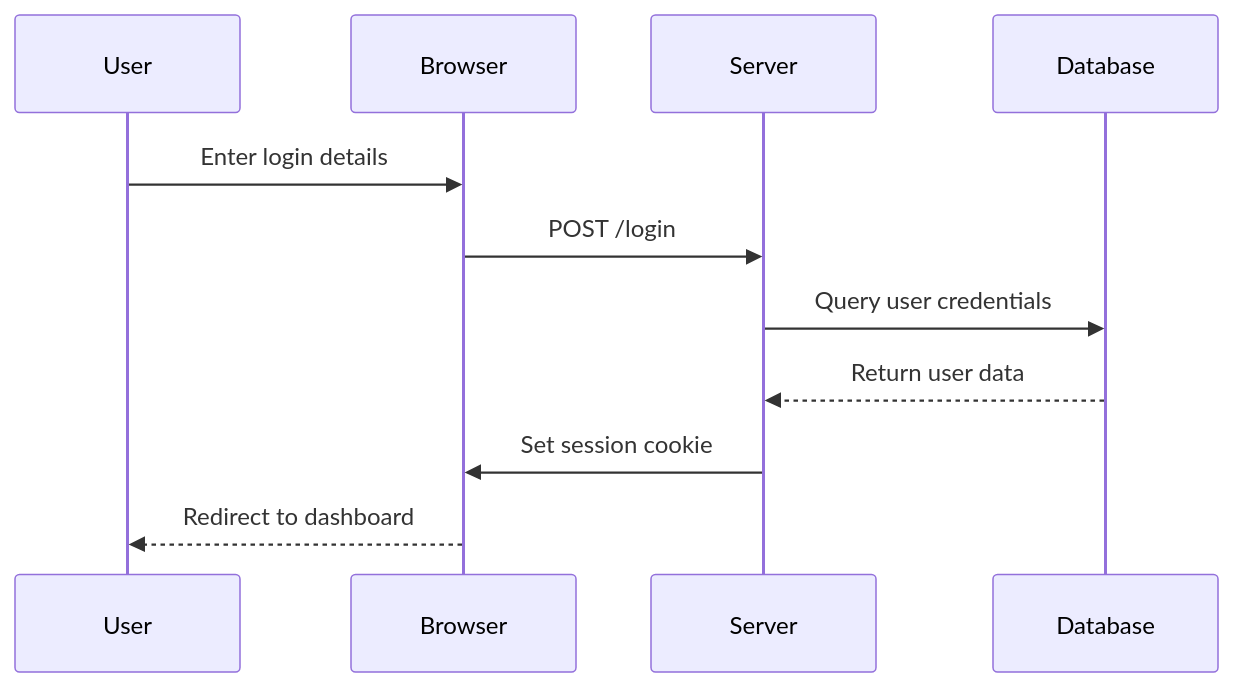
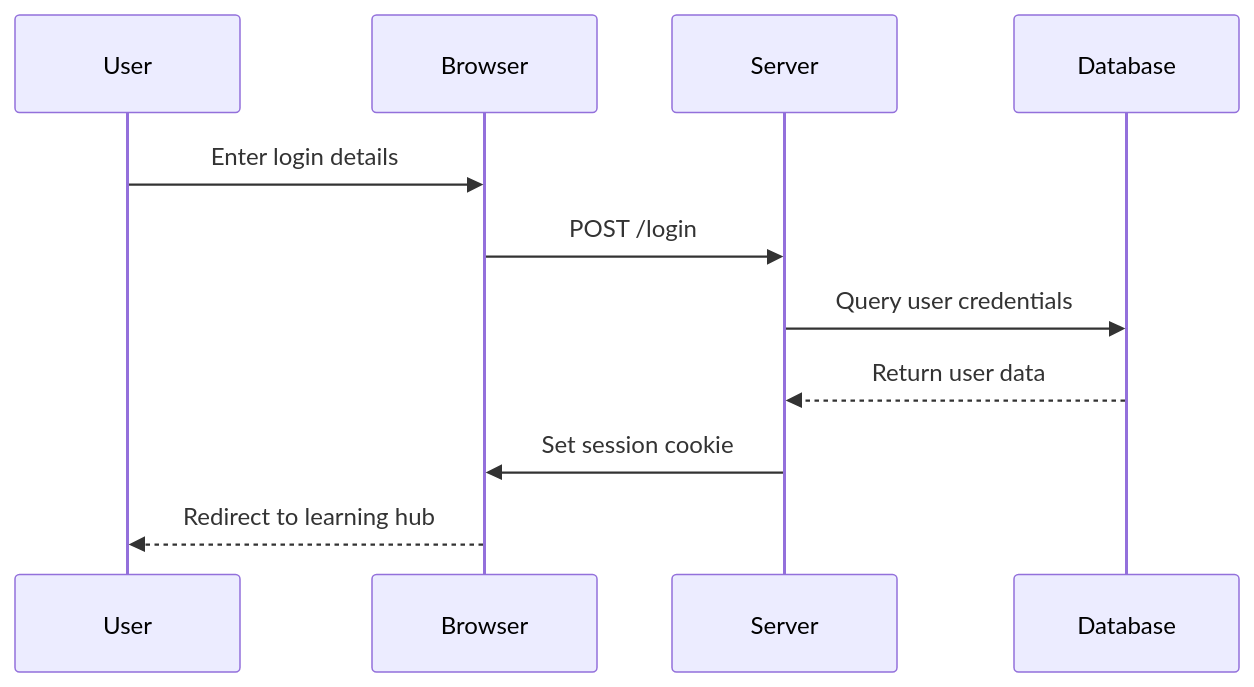
Before and after one commit to nadir-tabouni/Lumen: the third of 4 diagrams in docs/technical-docs/architecture.md, drawn with Mermaid. The commit also changed other lines of this file and 15 other files, not shown here.

Commit message:
improve UI ddd Logo switch Dashboard to learning hub

````diff
--- a/docs/technical-docs/architecture.md
+++ b/docs/technical-docs/architecture.md
@@ -156,13 +156,13 @@
 ```mermaid
 sequenceDiagram
 participant User
 participant Browser
 participant Server
 participant Database
     User ->> Browser: Enter login details
     Browser ->> Server: POST /login
     Server ->> Database: Query user credentials
     Database -->> Server: Return user data
     Server ->> Browser: Set session cookie
-    Browser -->> User: Redirect to dashboard
+    Browser -->> User: Redirect to learning hub
 ```
````
